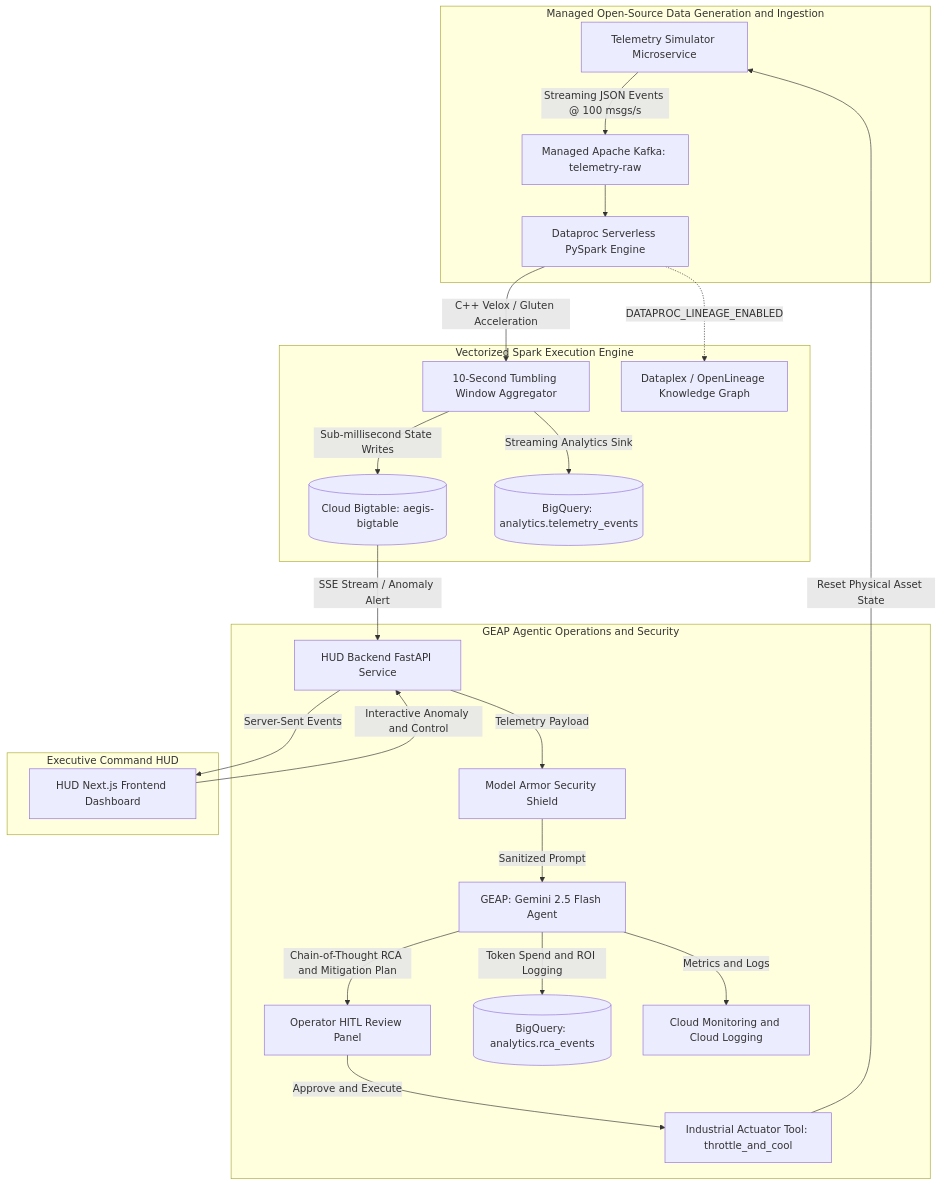
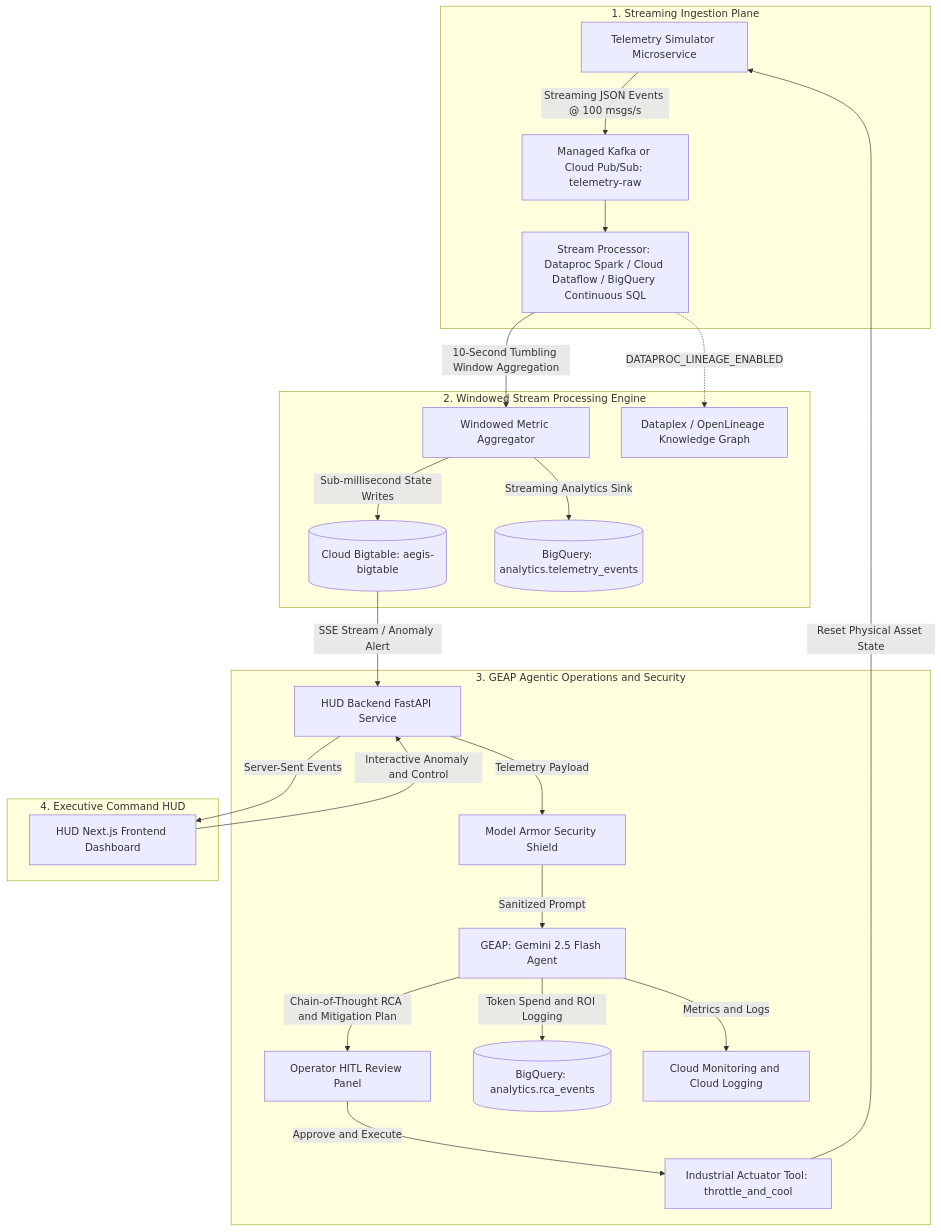
Before and after one commit to GoogleCloudPlatform/cloud-solutions: the diagram in projects/aegis-streaming-demo/DEMO_GUIDE.md, drawn with Mermaid. The commit also changed other lines of this file and 100 other files, not shown here.

````diff
--- a/projects/aegis-streaming-demo/DEMO_GUIDE.md
+++ b/projects/aegis-streaming-demo/DEMO_GUIDE.md
@@ -90,30 +171,30 @@
 ```mermaid
 flowchart TD
-    subgraph Managed Open-Source Data Generation and Ingestion
-        A[Telemetry Simulator Microservice] -->|Streaming JSON Events @ 100 msgs/s| B[Managed Apache Kafka: telemetry-raw]
-        B --> C[Dataproc Serverless PySpark Engine]
+    subgraph Ingestion ["1. Streaming Ingestion Plane"]
+        A[Telemetry Simulator Microservice] -->|Streaming JSON Events @ 100 msgs/s| B[Managed Kafka or Cloud Pub/Sub: telemetry-raw]
+        B --> C[Stream Processor: Dataproc Spark / Cloud Dataflow / BigQuery Continuous SQL]
     end
 
-    subgraph Vectorized Spark Execution Engine
-        C -->|C++ Velox / Gluten Acceleration| D[10-Second Tumbling Window Aggregator]
+    subgraph Compute ["2. Windowed Stream Processing Engine"]
+        C -->|10-Second Tumbling Window Aggregation| D[Windowed Metric Aggregator]
         D -->|Sub-millisecond State Writes| E[(Cloud Bigtable: aegis-bigtable)]
         D -->|Streaming Analytics Sink| F[(BigQuery: analytics.telemetry_events)]
         C -.->|DATAPROC_LINEAGE_ENABLED| G[Dataplex / OpenLineage Knowledge Graph]
     end
 
-    subgraph GEAP Agentic Operations and Security
+    subgraph Agentic ["3. GEAP Agentic Operations and Security"]
         E -->|SSE Stream / Anomaly Alert| H[HUD Backend FastAPI Service]
         H -->|Telemetry Payload| I[Model Armor Security Shield]
         I -->|Sanitized Prompt| J[GEAP: Gemini 2.5 Flash Agent]
         J -->|Chain-of-Thought RCA and Mitigation Plan| K[Operator HITL Review Panel]
         K -->|Approve and Execute| L[Industrial Actuator Tool: throttle_and_cool]
         L -->|Reset Physical Asset State| A
         J -->|Token Spend and ROI Logging| M[(BigQuery: analytics.rca_events)]
         J -->|Metrics and Logs| N[Cloud Monitoring and Cloud Logging]
     end
 
-    subgraph Executive Command HUD
+    subgraph Experience ["4. Executive Command HUD"]
         H -->|Server-Sent Events| O[HUD Next.js Frontend Dashboard]
         O -->|Interactive Anomaly and Control| H
     end
 ```
````
